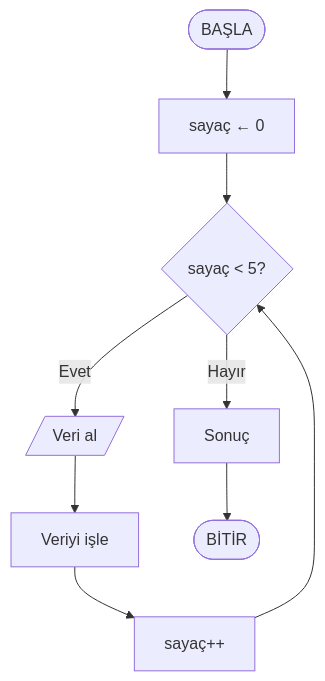
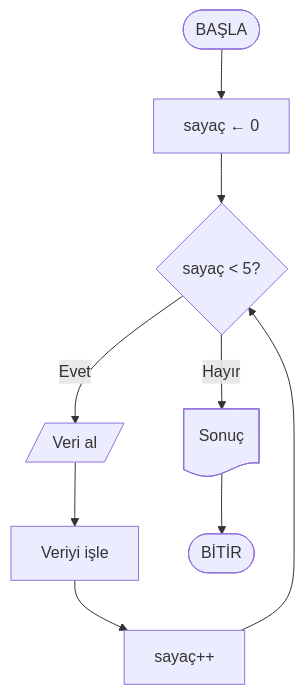
The third of 5 diagrams in Hafta03/ders_icerik.md (ibrahimayaz/Algoritma-ve-Programlamaya-Giris-2025), drawn with Mermaid before and after one commit. The commit also changed other lines of this file and 18 other files, not shown here.

````diff
--- a/Hafta03/ders_icerik.md
+++ b/Hafta03/ders_icerik.md
@@ -502,7 +502,7 @@
 ```mermaid
 flowchart TD
   start([BAŞLA]) --> init[sayaç ← 0]
   init --> loop{sayaç < 5?}
   loop -- Evet --> in[/Veri al/] --> proc[Veriyi işle] --> inc[sayaç++] --> loop
-  loop -- Hayır --> show[Sonuç] --> endNode([BİTİR])
+  loop -- Hayır --> show@{ shape: doc, label: "Sonuç" } --> endNode([BİTİR])
 ```
````
